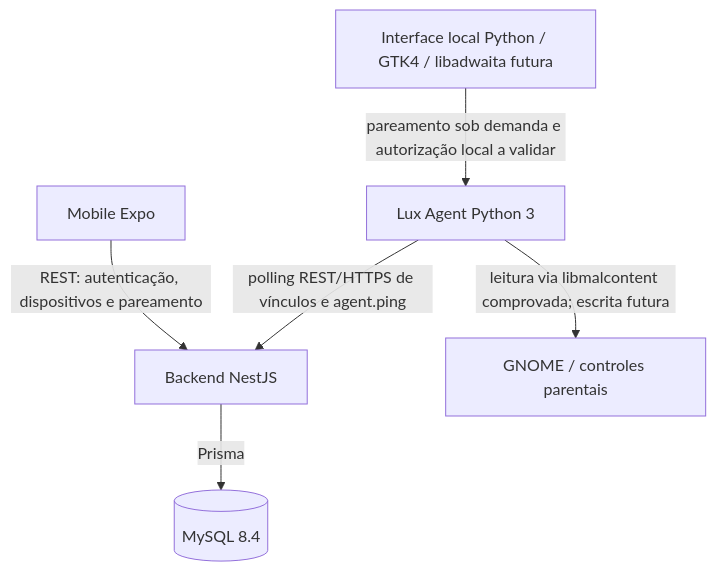
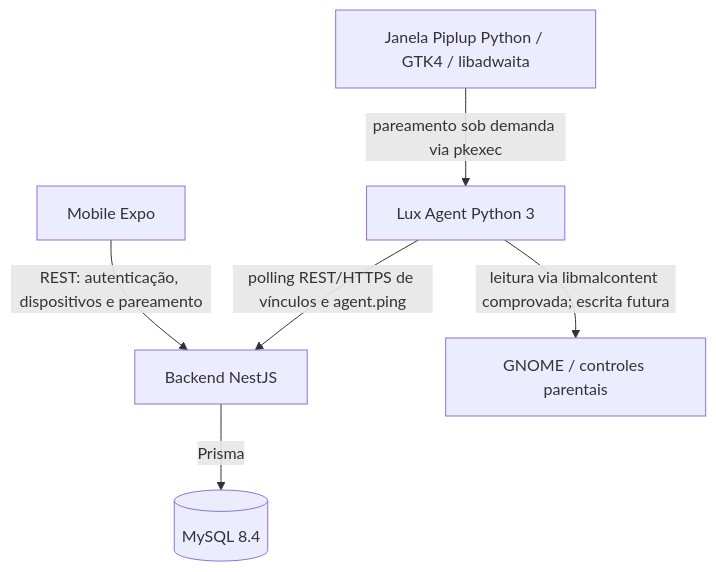
One commit to cfrans/Projeto-Integrador-FatecID-5Sem changed the diagram in docs/architecture.md. Above: the diagram before and after it, drawn with Mermaid. The commit also changed other lines of this file and 6 other files, not shown here.

Commit message:
docs: documenta janela de pareamento do Lux

````diff
--- a/docs/architecture.md
+++ b/docs/architecture.md
@@ -5,8 +5,8 @@
 ```mermaid
 flowchart TD
     M[Mobile Expo] -->|REST: autenticação, dispositivos e pareamento| B[Backend NestJS]
     A[Lux Agent Python 3] -->|polling REST/HTTPS de vínculos e agent.ping| B[Backend NestJS]
     A -->|leitura via libmalcontent comprovada; escrita futura| G[GNOME / controles parentais]
     B -->|Prisma| D[(MySQL 8.4)]
-    U[Interface local Python / GTK4 / libadwaita futura] -->|pareamento sob demanda e autorização local a validar| A
+    U[Janela Piplup Python / GTK4 / libadwaita] -->|pareamento sob demanda via pkexec| A
 ```
````
